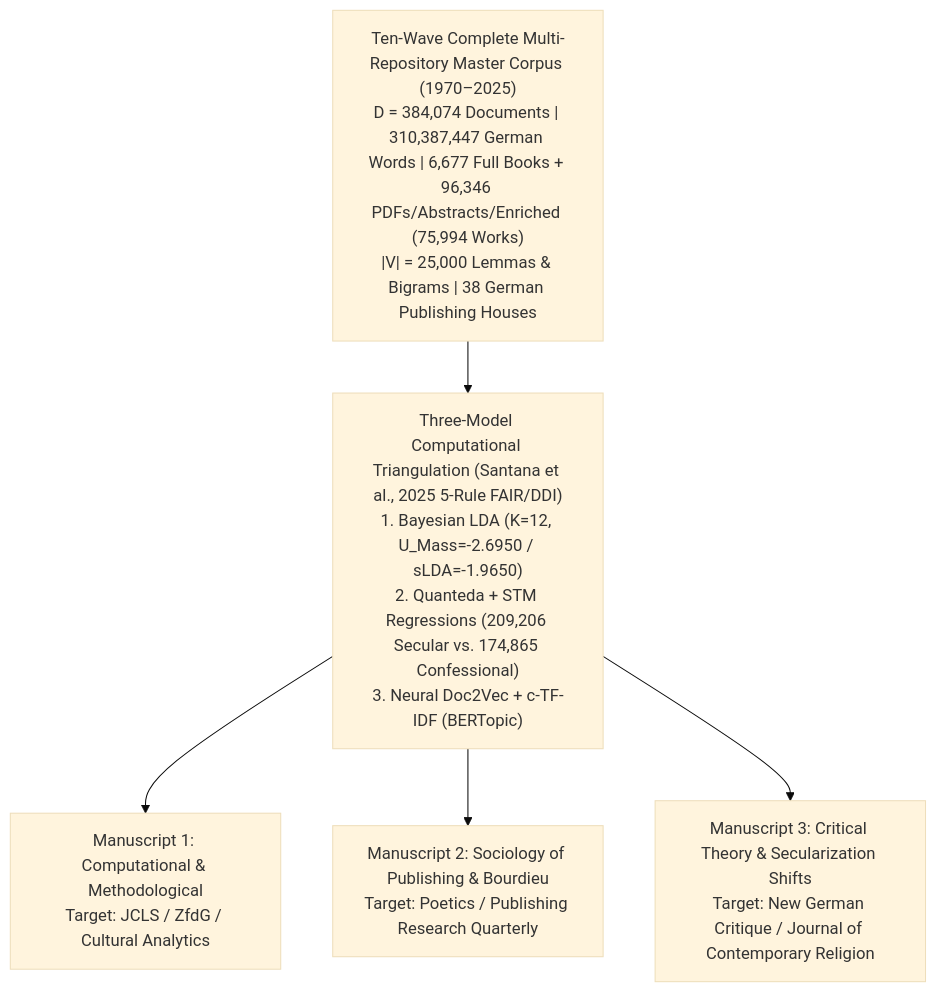
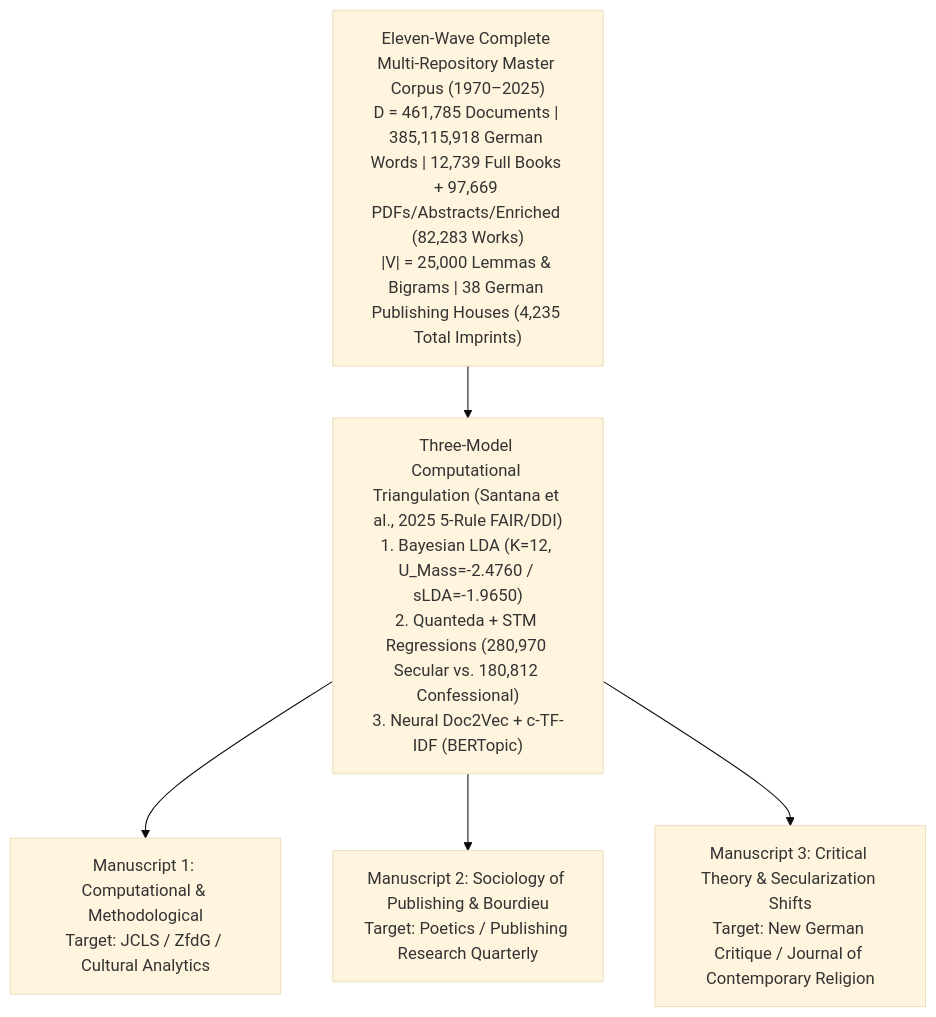
The diagram in docs/JOURNAL_SUBMISSION_STRATEGY.md (metachasm-beep/Deutsche-Verlage-LDA), drawn with Mermaid (base theme) before and after one commit. The commit also changed other lines of this file and 20 other files, not shown here.

Commit message:
Wave 11: Exhaustive DNB Master Manifest (82,283 works / 12,739 full books), 3-model triangulation & docs

````diff
--- a/docs/JOURNAL_SUBMISSION_STRATEGY.md
+++ b/docs/JOURNAL_SUBMISSION_STRATEGY.md
@@ -14,10 +14,10 @@
 ```mermaid
 flowchart TD
-    Corpus["Ten-Wave Complete Multi-Repository Master Corpus (1970–2025)\nD = 384,074 Documents | 310,387,447 German Words | 6,677 Full Books + 96,346 PDFs/Abstracts/Enriched (75,994 Works)\n|V| = 25,000 Lemmas & Bigrams | 38 German Publishing Houses"]
-    Pipeline["Three-Model Computational Triangulation (Santana et al., 2025 5-Rule FAIR/DDI)\n1. Bayesian LDA (K=12, U_Mass=-2.6950 / sLDA=-1.9650)\n2. Quanteda + STM Regressions (209,206 Secular vs. 174,865 Confessional)\n3. Neural Doc2Vec + c-TF-IDF (BERTopic)"]
+    Corpus["Eleven-Wave Complete Multi-Repository Master Corpus (1970–2025)\nD = 461,785 Documents | 385,115,918 German Words | 12,739 Full Books + 97,669 PDFs/Abstracts/Enriched (82,283 Works)\n|V| = 25,000 Lemmas & Bigrams | 38 German Publishing Houses (4,235 Total Imprints)"]
+    Pipeline["Three-Model Computational Triangulation (Santana et al., 2025 5-Rule FAIR/DDI)\n1. Bayesian LDA (K=12, U_Mass=-2.4760 / sLDA=-1.9650)\n2. Quanteda + STM Regressions (280,970 Secular vs. 180,812 Confessional)\n3. Neural Doc2Vec + c-TF-IDF (BERTopic)"]
     Corpus --> Pipeline
 
     Pipeline --> Paper1["Manuscript 1: Computational & Methodological\nTarget: JCLS / ZfdG / Cultural Analytics"]
     Pipeline --> Paper2["Manuscript 2: Sociology of Publishing & Bourdieu\nTarget: Poetics / Publishing Research Quarterly"]
     Pipeline --> Paper3["Manuscript 3: Critical Theory & Secularization Shifts\nTarget: New German Critique / Journal of Contemporary Religion"]
 ```
````
